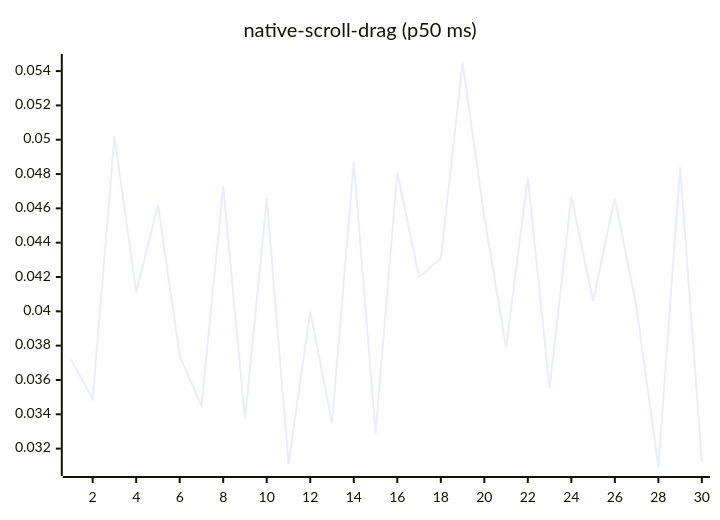
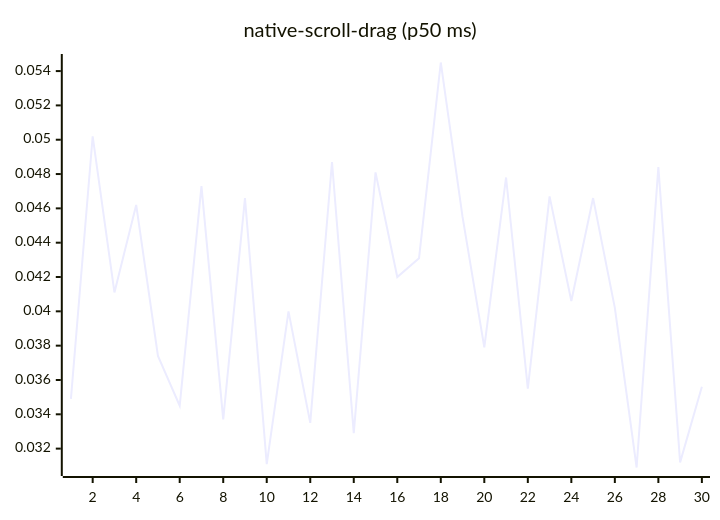
Before and after one commit to josha/Facet: diagram 14 of 27 in README.md, drawn with Mermaid. The commit also changed other lines of this file and 2 other files, not shown here.

````diff
--- a/README.md
+++ b/README.md
@@ -154,6 +154,6 @@
 ```mermaid
 xychart-beta
     title "native-scroll-drag (p50 ms)"
     x-axis 1 --> 30
-    line [0.0372, 0.0349, 0.0502, 0.0411, 0.0462, 0.0374, 0.0345, 0.0473, 0.0337, 0.0466, 0.0311, 0.0400, 0.0335, 0.0487, 0.0329, 0.0481, 0.0420, 0.0431, 0.0545, 0.0455, 0.0379, 0.0478, 0.0355, 0.0467, 0.0406, 0.0466, 0.0402, 0.0309, 0.0484, 0.0312]
+    line [0.0349, 0.0502, 0.0411, 0.0462, 0.0374, 0.0345, 0.0473, 0.0337, 0.0466, 0.0311, 0.0400, 0.0335, 0.0487, 0.0329, 0.0481, 0.0420, 0.0431, 0.0545, 0.0455, 0.0379, 0.0478, 0.0355, 0.0467, 0.0406, 0.0466, 0.0402, 0.0309, 0.0484, 0.0312, 0.0356]
 ```
````
